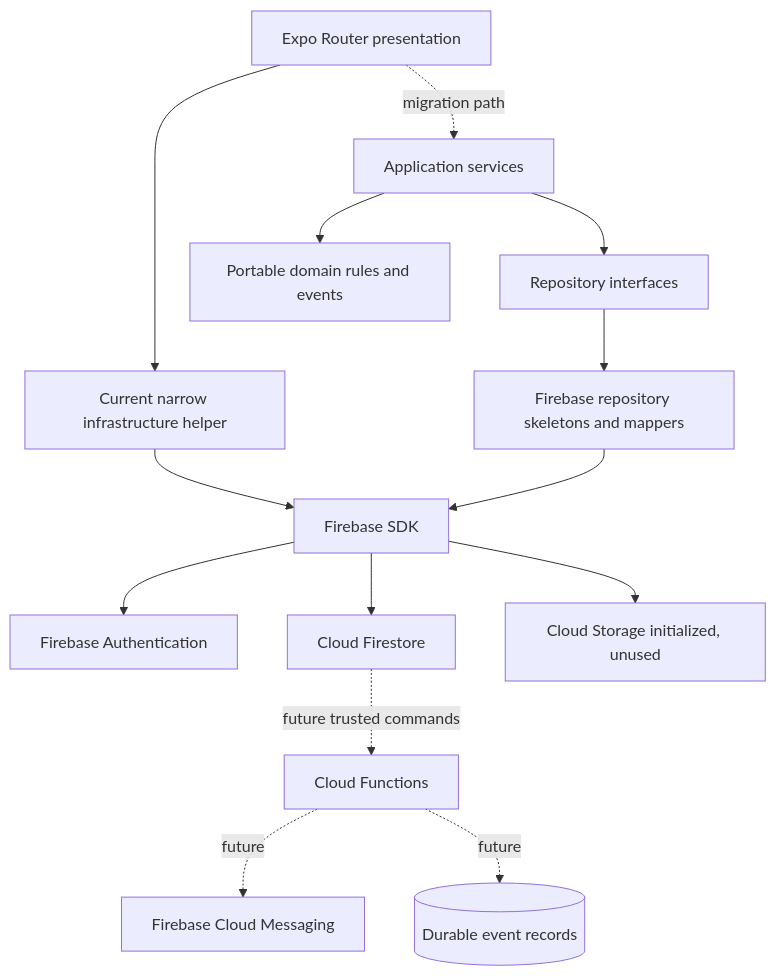
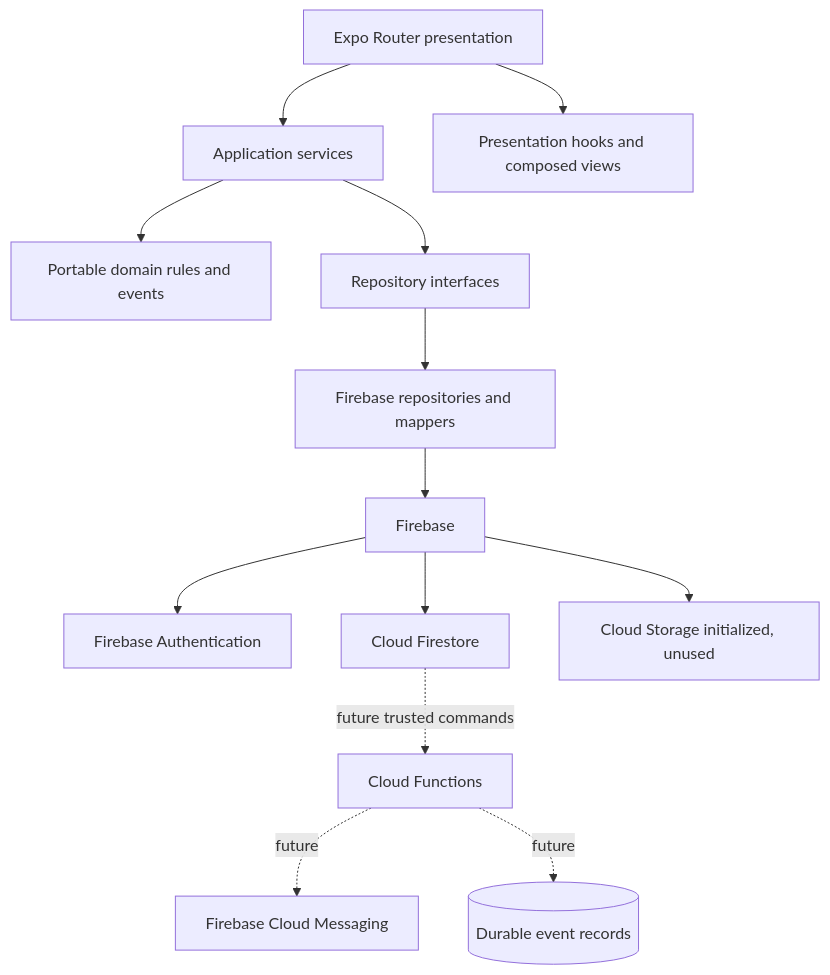
One commit to abda-dc/karri-mobile changed the diagram in docs/architecture/technical-architecture.md. Above: the diagram before and after it, drawn with Mermaid. The commit also changed other lines of this file and 65 other files, not shown here.

````diff
--- a/docs/architecture/technical-architecture.md
+++ b/docs/architecture/technical-architecture.md
@@ -15,18 +15,17 @@
 ```mermaid
 flowchart TB
-    UI[Expo Router presentation] --> Direct[Current narrow infrastructure helper]
-    Direct --> Firebase[Firebase SDK]
+    UI[Expo Router presentation] --> Services[Application services]
+    UI --> Hooks[Presentation hooks and composed views]
     Firebase --> Auth[Firebase Authentication]
     Firebase --> FS[Cloud Firestore]
     Firebase --> Storage[Cloud Storage initialized, unused]
 
-    UI -. migration path .-> Services[Application services]
     Services --> Domain[Portable domain rules and events]
     Services --> Ports[Repository interfaces]
-    Ports --> Adapters[Firebase repository skeletons and mappers]
+    Ports --> Adapters[Firebase repositories and mappers]
     Adapters --> Firebase
 
     FS -. future trusted commands .-> Functions[Cloud Functions]
     Functions -. future .-> FCM[Firebase Cloud Messaging]
     Functions -. future .-> DurableEvents[(Durable event records)]
 ```
````
